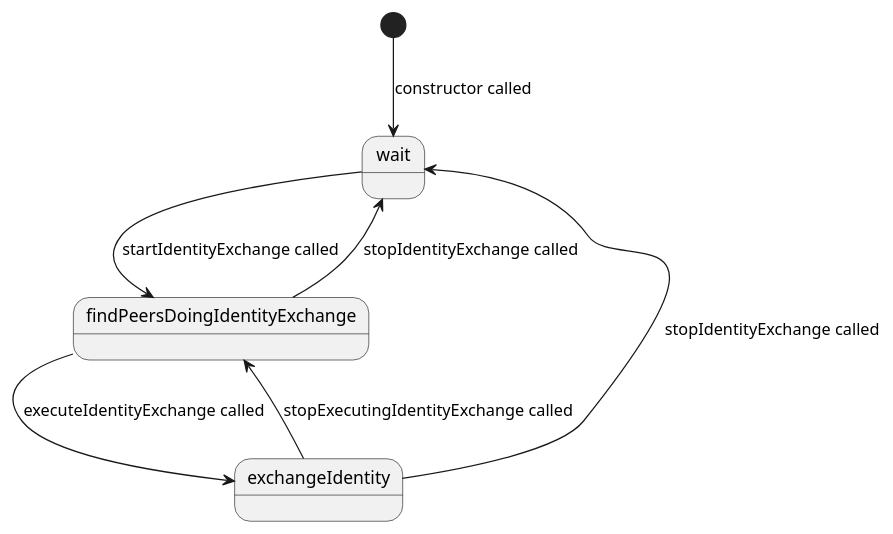
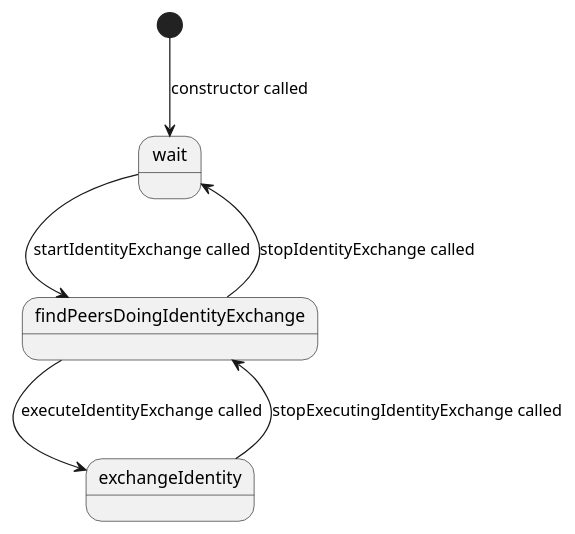
Before and after one commit to thaliproject/Thali_CordovaPlugin: the diagram in doc/api/identityexchange.md, drawn with PlantUML. The commit also changed other lines of this file and 3 other files, not shown here.

````diff
--- a/doc/api/identityexchange.md
+++ b/doc/api/identityexchange.md
@@ -11,11 +11,10 @@
 ``` PlantUML
 [*] --> wait : constructor called
 
 wait --> findPeersDoingIdentityExchange : startIdentityExchange called
 
 findPeersDoingIdentityExchange --> wait : stopIdentityExchange called
 findPeersDoingIdentityExchange --> exchangeIdentity : executeIdentityExchange called
 
-exchangeIdentity --> wait : stopIdentityExchange called
 exchangeIdentity --> findPeersDoingIdentityExchange : stopExecutingIdentityExchange called
 ```
````
